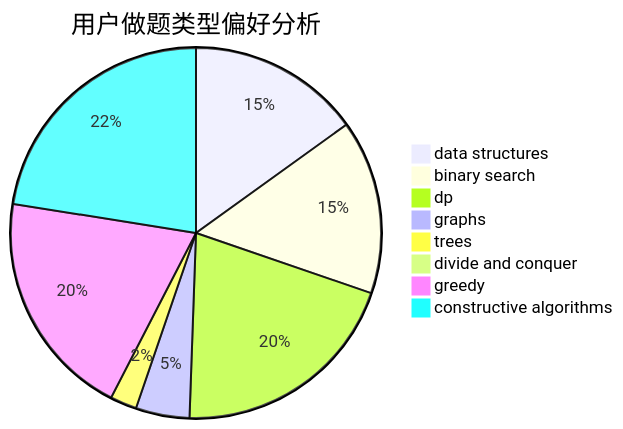
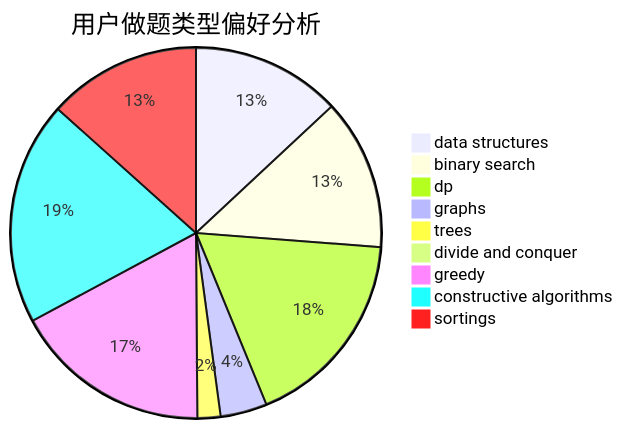
Before and after one commit to sherpahu/cfrs.github.io: the second of 3 diagrams in docs/user/u1204.md, drawn with Mermaid. The commit also changed other lines of this file and 2769 other files, not shown here.

````diff
--- a/docs/user/u1204.md
+++ b/docs/user/u1204.md
@@ -23,11 +18,12 @@
 ```mermaid
 pie title 用户做题类型偏好分析
     "data structures" :  337
     "binary search" :  340
     "dp" :  454
     "graphs" :  105
     "trees" :  52
     "divide and conquer" :  6
     "greedy" :  446
     "constructive algorithms" :  503
+    "sortings" :  345
 ```
````
